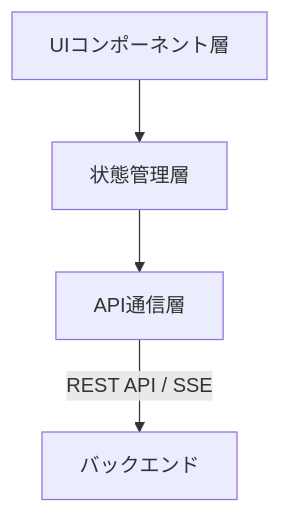
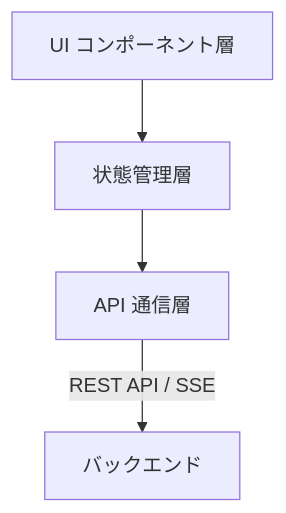
The second of 6 diagrams in docs/basic_design.md (ryuma-1/Campass), drawn with Mermaid before and after one commit. The commit also changed other lines of this file, not shown here.

````diff
--- a/docs/basic_design.md
+++ b/docs/basic_design.md
@@ -73,10 +68,10 @@
 ```mermaid
 graph TD
-    UI[UIコンポーネント層]
+    UI[UI コンポーネント層]
     State[状態管理層]
-    API[API通信層]
+    API[API 通信層]
 
     UI --> State
     State --> API
     API -->|"REST API / SSE"| BE[バックエンド]
 ```
````
